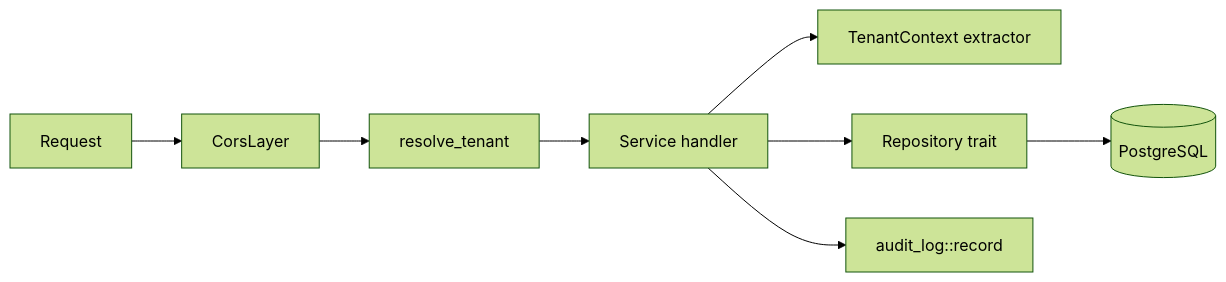
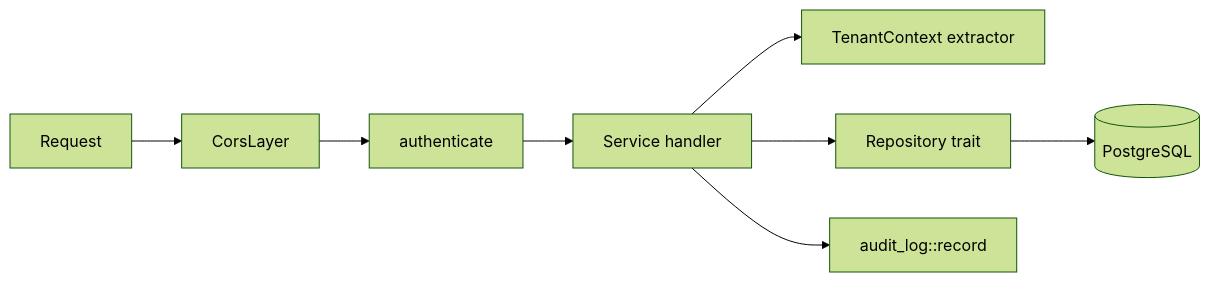
One commit to uid09552/shift changed the diagram in docs/backend.md. Above: the diagram before and after it, drawn with Mermaid (forest theme). The commit also changed other lines of this file and 5 other files, not shown here.

````diff
--- a/docs/backend.md
+++ b/docs/backend.md
@@ -26,10 +26,10 @@
 ```mermaid
 flowchart LR
     R[Request] --> C[CorsLayer]
-    C --> T[resolve_tenant]
+    C --> T[authenticate]
     T --> H[Service handler]
     H --> E[TenantContext extractor]
     H --> RP[Repository trait]
     RP --> P[(PostgreSQL)]
     H --> A[audit_log::record]
 ```
````
